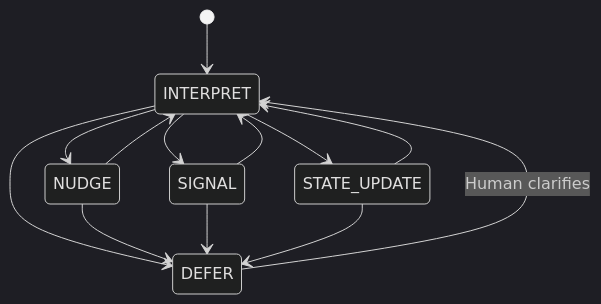
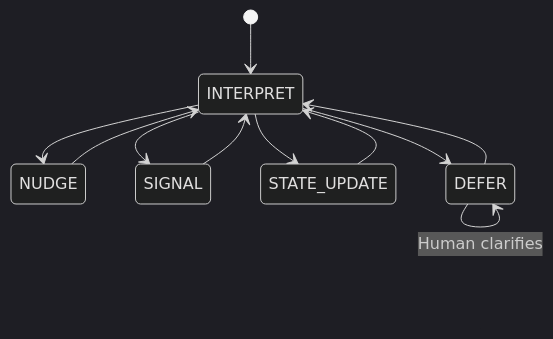
One commit to alchemyofacceptance/INTEVIA changed the first of 2 diagrams in core/care/runtime/state-machine/diagram.md. Above: the diagram before and after it, drawn with Mermaid (dark theme). The commit also changed other lines of this file and 1 other file, not shown here.

````diff
--- a/core/care/runtime/state-machine/diagram.md
+++ b/core/care/runtime/state-machine/diagram.md
@@ -7,20 +14,18 @@
 ```mermaid
 stateDiagram-v2
+    direction TB
+
     [*] --> INTERPRET
 
     INTERPRET --> NUDGE
     INTERPRET --> SIGNAL
     INTERPRET --> STATE_UPDATE
-    INTERPRET --> DEFER
 
     NUDGE --> INTERPRET
-    NUDGE --> DEFER
+    SIGNAL --> INTERPRET
+    STATE_UPDATE --> INTERPRET
 
-    SIGNAL --> INTERPRET
-    SIGNAL --> DEFER
-
-    STATE_UPDATE --> INTERPRET
-    STATE_UPDATE --> DEFER
-
-    DEFER --> INTERPRET: Human clarifies
+    INTERPRET --> DEFER
+    DEFER --> DEFER: Human clarifies
+    DEFER --> INTERPRET
 ```
````
